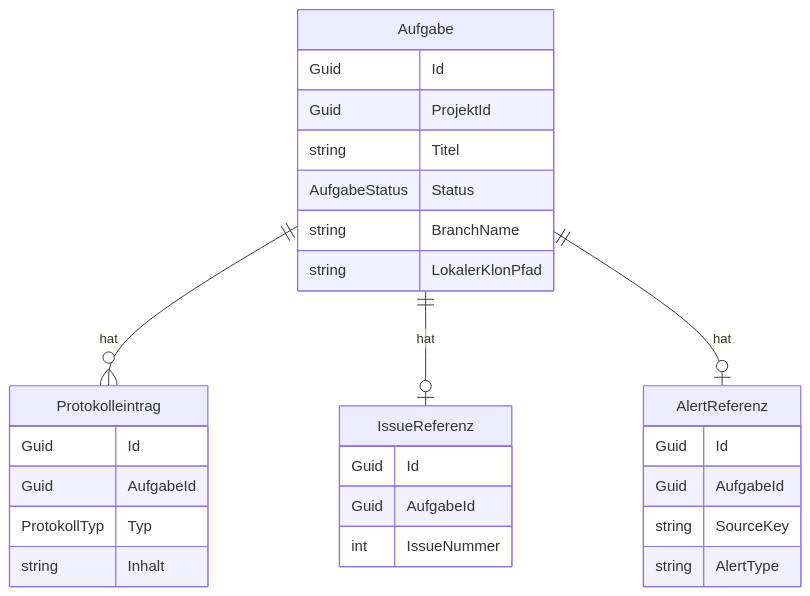
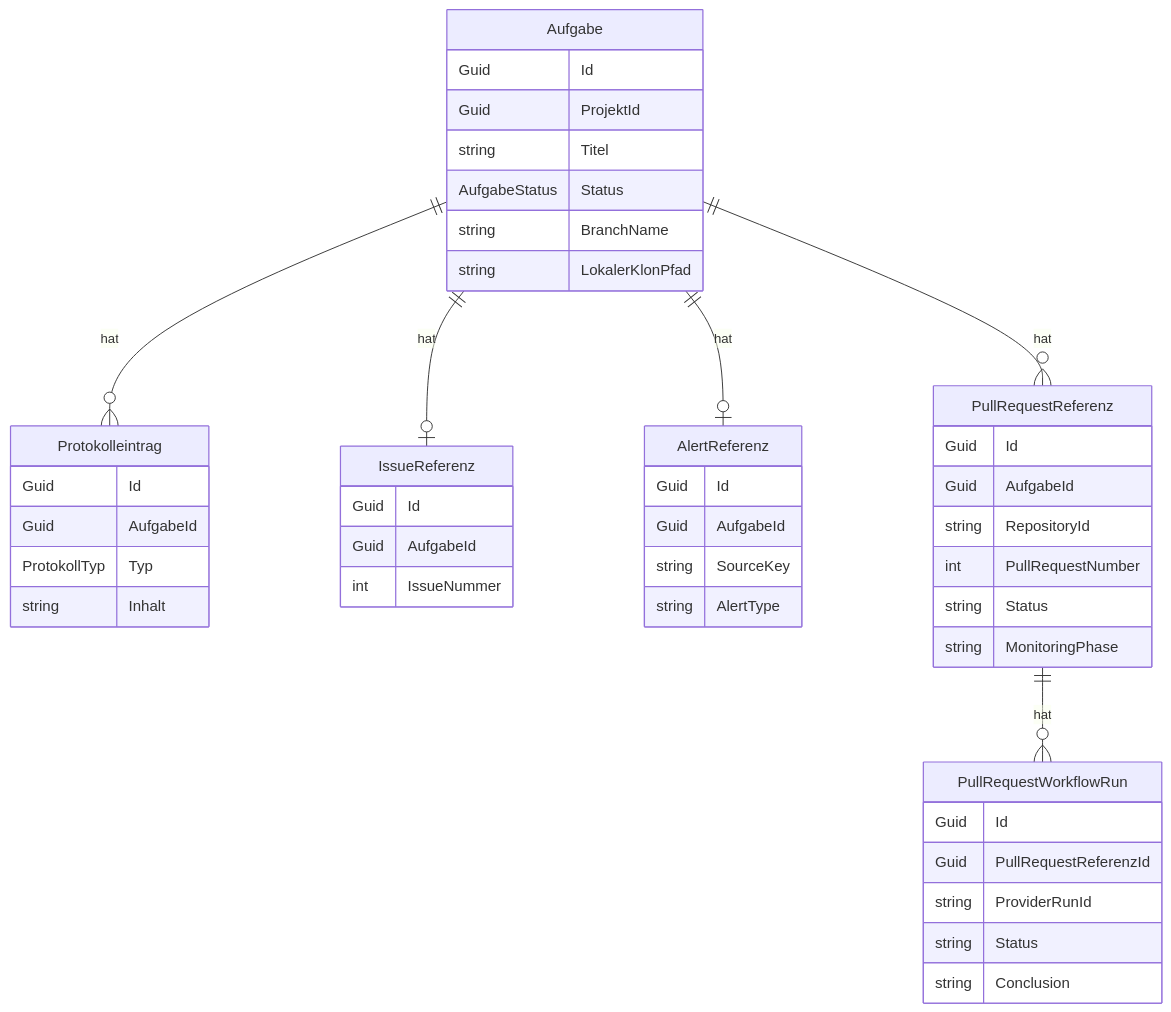
One commit to martin-stromberg/Softwareschmiede changed the second of 2 diagrams in docs/help/aufgaben/datenmodell.md. Above: the diagram before and after it, drawn with Mermaid. The commit also changed other lines of this file and 49 other files, not shown here.

````diff
--- a/docs/help/aufgaben/datenmodell.md
+++ b/docs/help/aufgaben/datenmodell.md
@@ -87,31 +130,48 @@
 ```mermaid
 erDiagram
     Aufgabe {
         Guid Id
         Guid ProjektId
         string Titel
         AufgabeStatus Status
         string BranchName
         string LokalerKlonPfad
     }
     Protokolleintrag {
         Guid Id
         Guid AufgabeId
         ProtokollTyp Typ
         string Inhalt
     }
     IssueReferenz {
         Guid Id
         Guid AufgabeId
         int IssueNummer
     }
     AlertReferenz {
         Guid Id
         Guid AufgabeId
         string SourceKey
         string AlertType
     }
+    PullRequestReferenz {
+        Guid Id
+        Guid AufgabeId
+        string RepositoryId
+        int PullRequestNumber
+        string Status
+        string MonitoringPhase
+    }
+    PullRequestWorkflowRun {
+        Guid Id
+        Guid PullRequestReferenzId
+        string ProviderRunId
+        string Status
+        string Conclusion
+    }
     Aufgabe ||--o{ Protokolleintrag : "hat"
     Aufgabe ||--o| IssueReferenz : "hat"
     Aufgabe ||--o| AlertReferenz : "hat"
+    Aufgabe ||--o{ PullRequestReferenz : "hat"
+    PullRequestReferenz ||--o{ PullRequestWorkflowRun : "hat"
 ```
````
